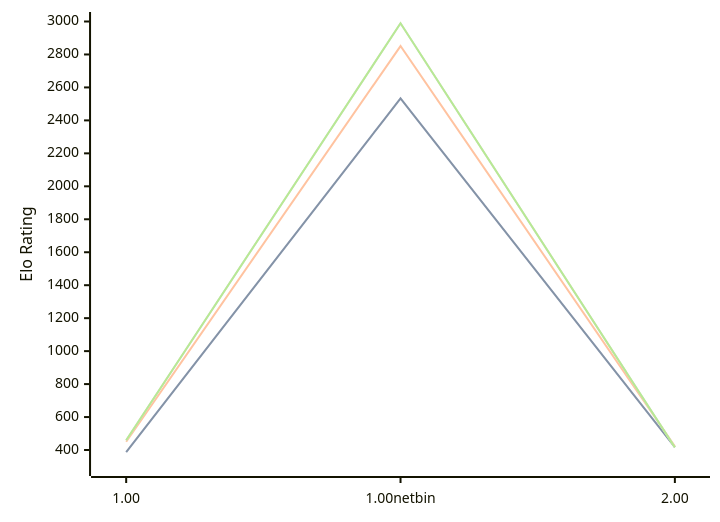
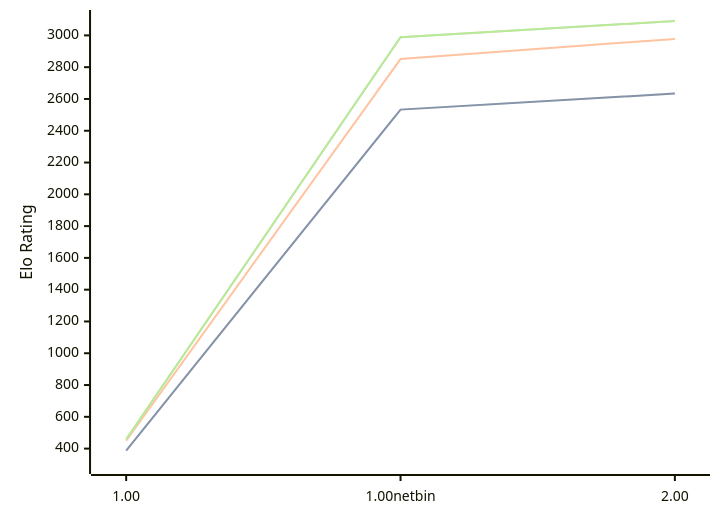
One commit to computer-chess-index/cci changed the diagram in engines/Gilipol.md. Above: the diagram before and after it, drawn with Mermaid. The commit also changed other lines of this file, not shown here.

Commit message:
Update CCI Ratings (ELO VLTC) - 2026-06-09

````diff
--- a/engines/Gilipol.md
+++ b/engines/Gilipol.md
@@ -33,11 +33,11 @@
 ```mermaid
 %%{init: {"theme":"base","themeVariables":{"seriesColors:['#a3a3a3','#222221','#faa371']}}}%%
 xychart-beta
   x-axis ["1.00", "1.00netbin", "2.00"]
-  y-axis "Elo Rating" 300 --> 3000
-  line "STC (8.0+0.08s)" [387, 2533, 417]
-  line "STC (8.0+0.08s)" [387, 2533, 417]
-  line "LTC (60.0+0.60s)" [450, 2851, 423]
-  line "VLTC (2m24s+1.12s)" [459, 2989, 416]
-  line "VLTC (2m24s+1.12s)" [459, 2989, 416]
+  y-axis "Elo Rating" 300 --> 3100
+  line "STC (8.0+0.08s)" [387, 2533, 2634]
+  line "STC (8.0+0.08s)" [387, 2533, 2634]
+  line "LTC (60.0+0.60s)" [450, 2851, 2978]
+  line "VLTC (2m24s+1.12s)" [459, 2989, 3090]
+  line "VLTC (2m24s+1.12s)" [459, 2989, 3090]
 ```
````
